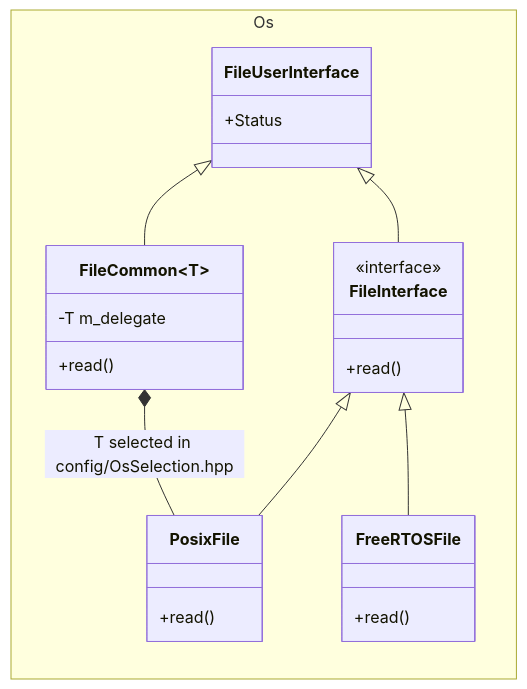
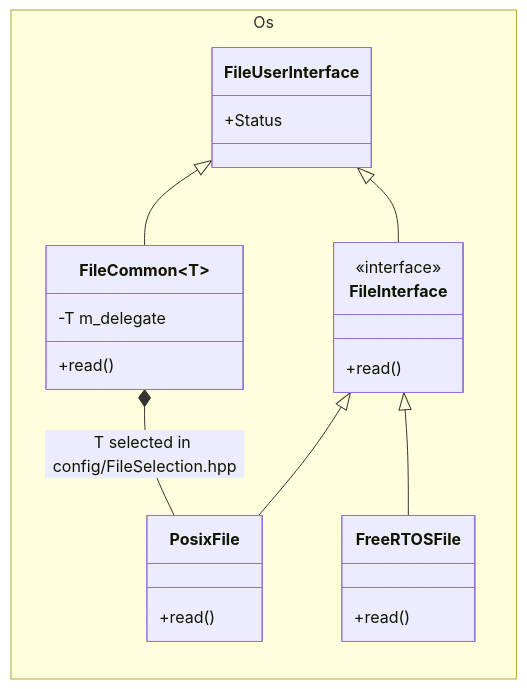
Before and after one commit to lestarch-autobot/fprime: the diagram in Os/docs/sdd.md, drawn with Mermaid. The commit also changed other lines of this file and 97 other files, not shown here.

````diff
--- a/Os/docs/sdd.md
+++ b/Os/docs/sdd.md
@@ -86,29 +86,29 @@
 ```mermaid
 classDiagram
     direction LR
     namespace Os {
         class FileUserInterface {
             +Status
         }
         class FileInterface {
             <<interface>>
             +read()
         }
         class FileCommon~T~ {
             -T m_delegate
             +read()
         }
         class PosixFile {
             +read()
         }
         class FreeRTOSFile {
             +read()
         }
     }
 
     FileUserInterface <|-- FileInterface
     FileUserInterface <|-- FileCommon~T~
     FileInterface <|--  PosixFile
     FileInterface <|--  FreeRTOSFile
-    FileCommon~T~ *-- PosixFile : T selected in config/OsSelection.hpp
+    FileCommon~T~ *-- PosixFile : T selected in config/FileSelection.hpp
 ```
````
